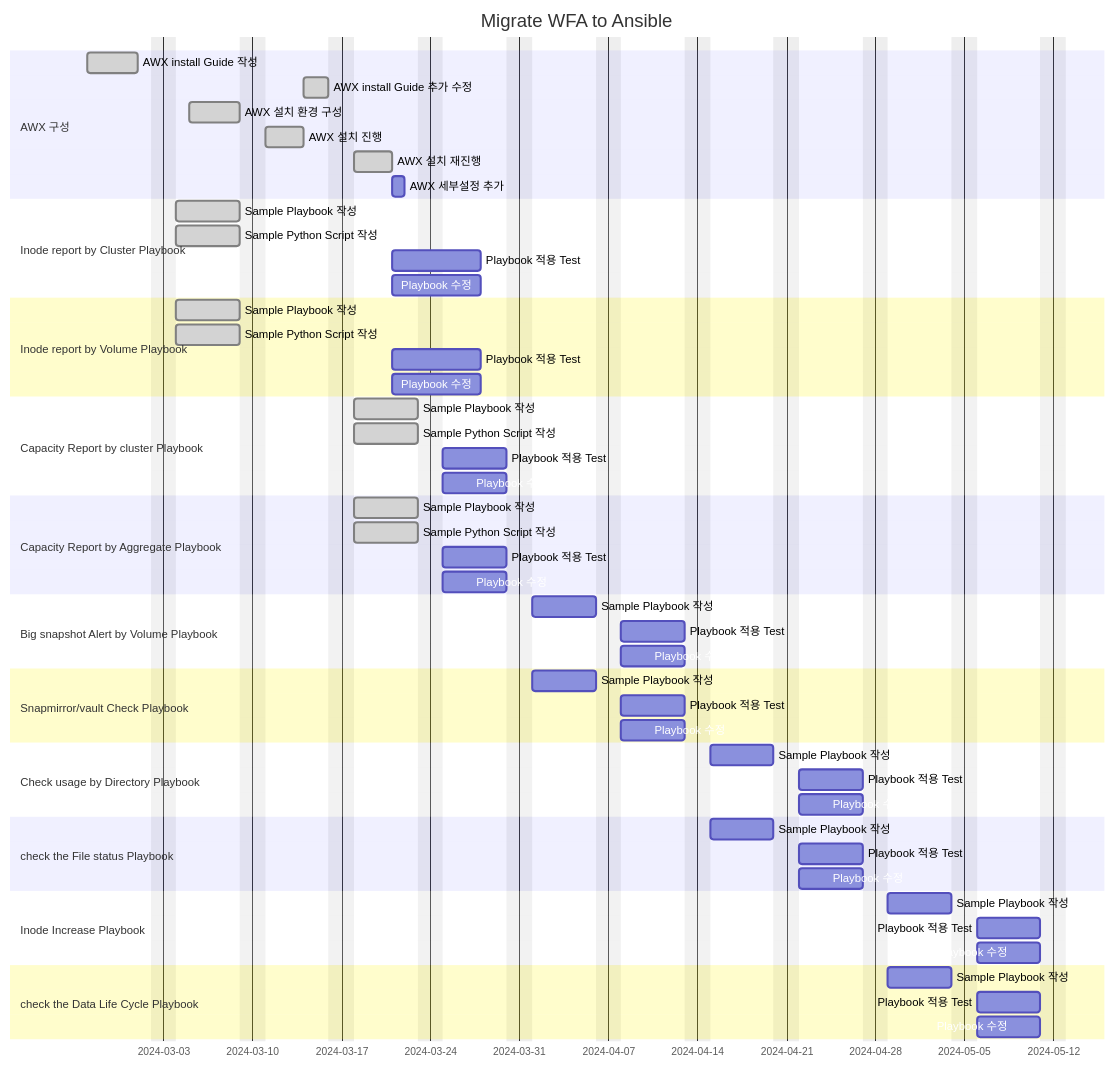
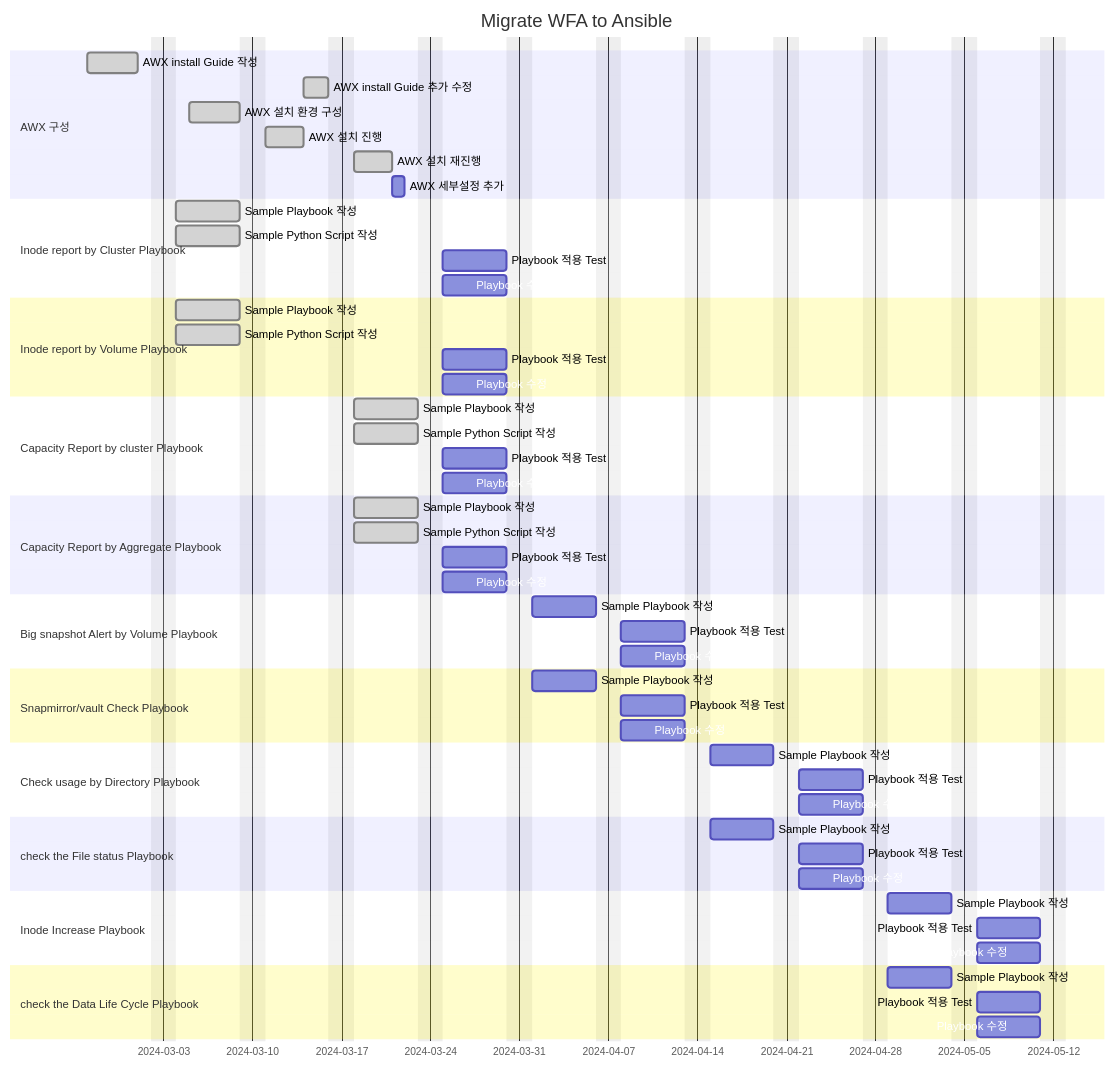
One commit to netappkr/AnsiblePlaybook changed the diagram in SKHynix/Readme.md. Above: the diagram before and after it, drawn with Mermaid.

````diff
--- a/SKHynix/Readme.md
+++ b/SKHynix/Readme.md
@@ -62,68 +62,68 @@
 ```mermaid
 gantt
     title Migrate WFA to Ansible
     dateFormat  YYYY-MM-DD
     excludes    weekends
 
     section AWX 구성
     AWX install Guide 작성  : done, awx1, 2024-02-26, 4d
     AWX install Guide 추가 수정  : done, awx1-1, after awx3, 2d
     AWX 설치 환경 구성  : done, awx2, 2024-03-05, 4d
     AWX 설치 진행 : done, awx3, after awx2 , 3d
     AWX 설치 재진행 : done, awx3-1, after awx1-1 , 3d
     AWX 세부설정 추가 : awx4, after awx3-1, 1d
 
     section Inode report by Cluster Playbook
     Sample Playbook 작성 : done,p1-1, 2024-03-04, 5d
     Sample Python Script 작성 : done, p1-2, 2024-03-04, 5d
-    Playbook 적용 Test: p1-3, 2024-03-21,  5d
-    Playbook 수정 : p1-4, 2024-03-21 , 5d
+    Playbook 적용 Test: p1-3, 2024-03-25,  5d
+    Playbook 수정 : p1-4, 2024-03-25 , 5d
 
     section Inode report by Volume Playbook
     Sample Playbook 작성 : done, p2-1, 2024-03-04, 5d
     Sample Python Script 작성 : done, p2-2, 2024-03-04, 5d
-    Playbook 적용 Test: p2-3, 2024-03-21,  5d
-    Playbook 수정 : p2-4, 2024-03-21 , 5d
+    Playbook 적용 Test: p2-3, 2024-03-25,  5d
+    Playbook 수정 : p2-4, 2024-03-25 , 5d
 
     section Capacity Report by cluster Playbook
     Sample Playbook 작성 : done, p3-1, 2024-03-18, 5d
     Sample Python Script 작성 : done, p3-2, 2024-03-18, 5d
     Playbook 적용 Test: p3-3, after p3-1,  5d
     Playbook 수정 : p3-4, after p3-1 , 5d
 
     section Capacity Report by Aggregate Playbook
     Sample Playbook 작성 : done, p4-1, 2024-03-18, 5d
     Sample Python Script 작성 : done, p4-2, 2024-03-18, 5d
     Playbook 적용 Test: p4-3, after p4-1,  5d
     Playbook 수정 : p4-3, after p4-1 , 5d
 
     section Big snapshot Alert by Volume Playbook
     Sample Playbook 작성 : p5-1, 2024-04-01, 5d
     Playbook 적용 Test: p5-2, after p5-1,  5d
     Playbook 수정 : p5-3, after p5-1 , 5d
 
     section Snapmirror/vault Check Playbook
     Sample Playbook 작성 : p6-1, 2024-04-01, 5d
     Playbook 적용 Test: p6-2, after p6-1,  5d
     Playbook 수정 : p6-3, after p6-1 , 5d
 
     section Check usage by Directory Playbook
     Sample Playbook 작성 : p7-1, 2024-04-15, 5d
     Playbook 적용 Test: p7-2, after p7-1,  5d
     Playbook 수정 : p7-3, after p7-1 , 5d
 
     section check the File status Playbook
     Sample Playbook 작성 : p8-1, 2024-04-15, 5d
     Playbook 적용 Test: p8-2, after p8-1,  5d
     Playbook 수정 : p8-3, after p8-1 , 5d
 
     section Inode Increase Playbook
     Sample Playbook 작성 : p9-1, 2024-04-29, 5d
     Playbook 적용 Test: p9-2, after p9-1,  5d
     Playbook 수정 : p9-3, after p9-1 , 5d
 
     section check the Data Life Cycle Playbook
     Sample Playbook 작성 : p10-1, 2024-04-29, 5d
     Playbook 적용 Test: p10-2, after p10-1,  5d
     Playbook 수정 : p10-3, after p10-1 , 5d
 ```
````
